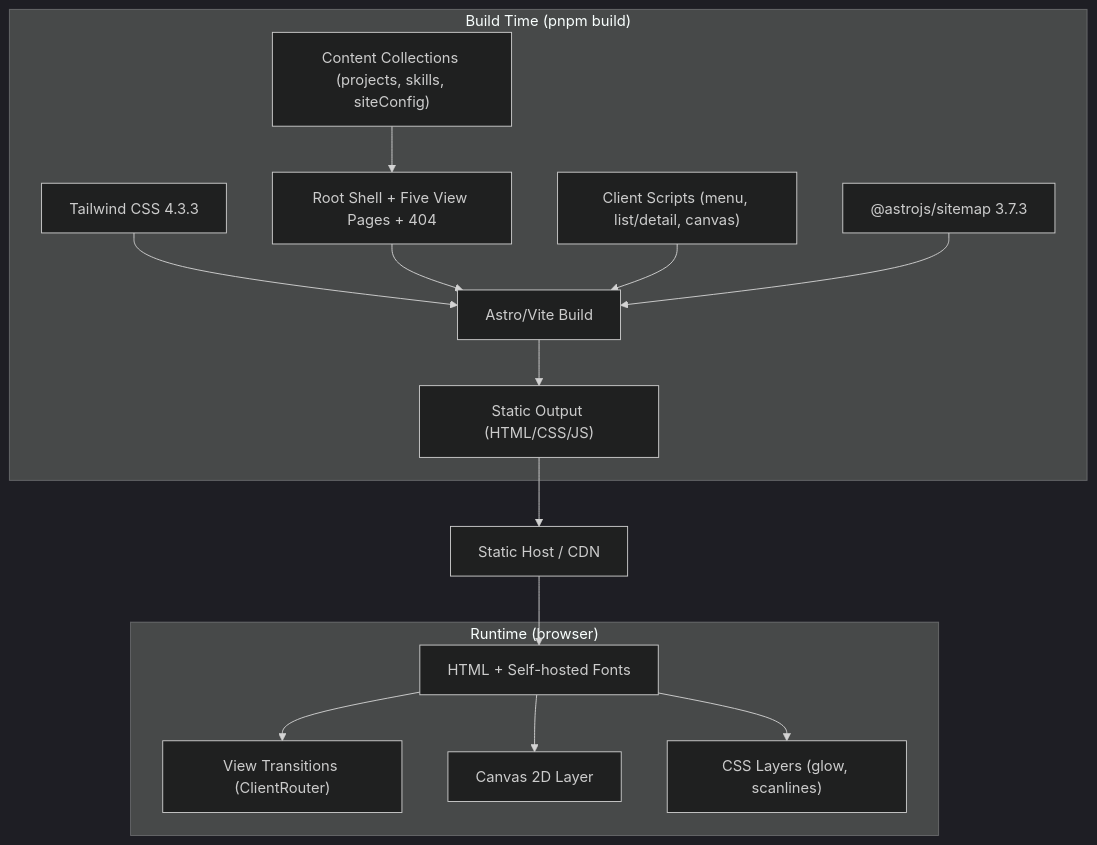
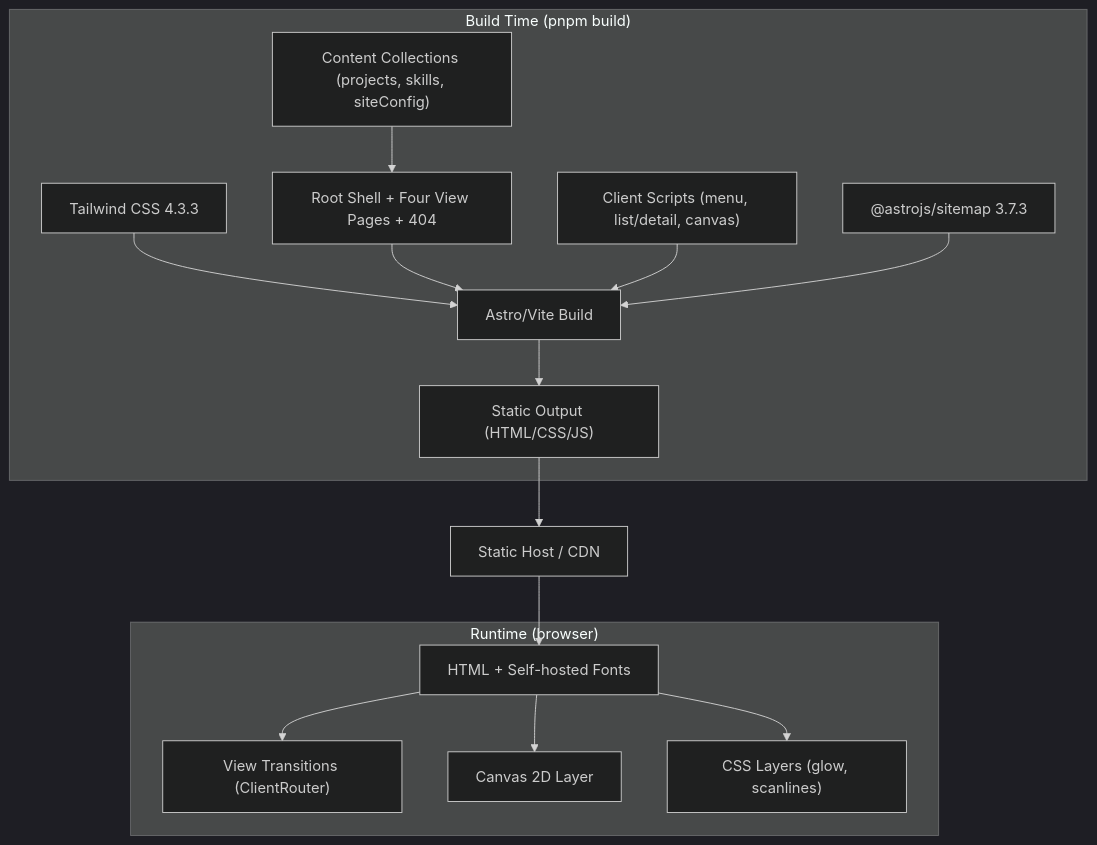
One commit to jonasotoaguilar/portafolio changed the first of 4 diagrams in ARCHITECTURE.md. Above: the diagram before and after it, drawn with Mermaid (dark theme). The commit also changed other lines of this file and 40 other files, not shown here.

````diff
--- a/ARCHITECTURE.md
+++ b/ARCHITECTURE.md
@@ -29,30 +29,30 @@
 ```mermaid
 graph TD
     subgraph "Build Time (pnpm build)"
         CC["Content Collections (projects, skills, siteConfig)"]
-        Pages["Root Shell + Five View Pages + 404"]
+        Pages["Root Shell + Four View Pages + 404"]
         TW["Tailwind CSS 4.3.3"]
         JS["Client Scripts (menu, list/detail, canvas)"]
         Vite["Astro/Vite Build"]
         Sitemap["@astrojs/sitemap 3.7.3"]
         CC --> Pages
         TW --> Vite
         Pages --> Vite
         JS --> Vite
         Sitemap --> Vite
         Vite --> Out["Static Output (HTML/CSS/JS)"]
     end
 
     subgraph "Runtime (browser)"
         HTML["HTML + Self-hosted Fonts"]
         VT["View Transitions (ClientRouter)"]
         Canvas["Canvas 2D Layer"]
         CSSLayers["CSS Layers (glow, scanlines)"]
         HTML --> VT
         HTML --> CSSLayers
         HTML --> Canvas
     end
 
     Out --> Host["Static Host / CDN"]
     Host --> HTML
 ```
````
